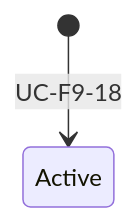
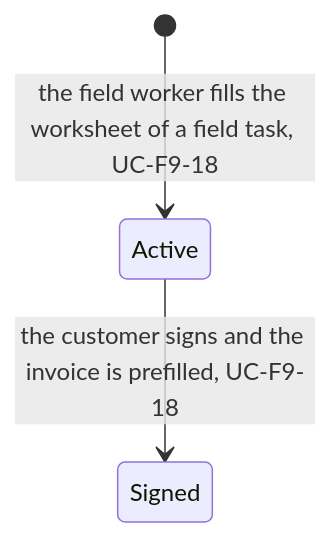
One commit to gpbcom/SimpleERP changed the second of 2 diagrams in docs/specs/02-functional/f09-hr-and-projects/data/e-f09-37-field-worksheet.md. Above: the diagram before and after it, drawn with Mermaid. The commit also changed other lines of this file and 8816 other files, not shown here.

````diff
--- a/docs/specs/02-functional/f09-hr-and-projects/data/e-f09-37-field-worksheet.md
+++ b/docs/specs/02-functional/f09-hr-and-projects/data/e-f09-37-field-worksheet.md
@@ -25,4 +64,5 @@
 ```mermaid
 stateDiagram-v2
-  [*] --> Active : UC-F9-18
+  [*] --> Active : the field worker fills the worksheet of a field task, UC-F9-18
+  Active --> Signed : the customer signs and the invoice is prefilled, UC-F9-18
 ```
````
